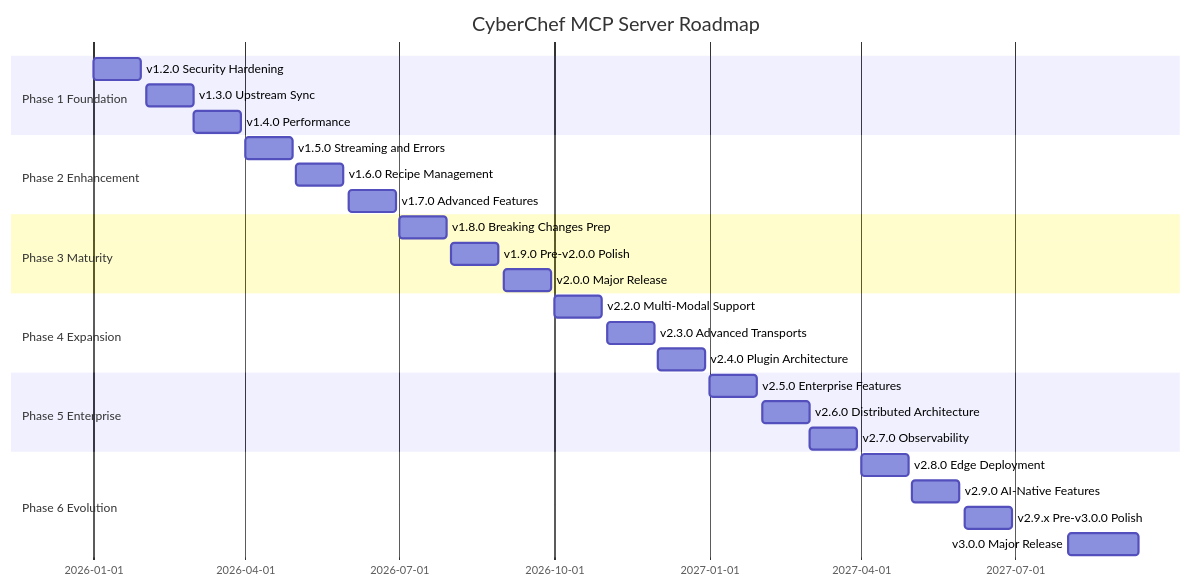
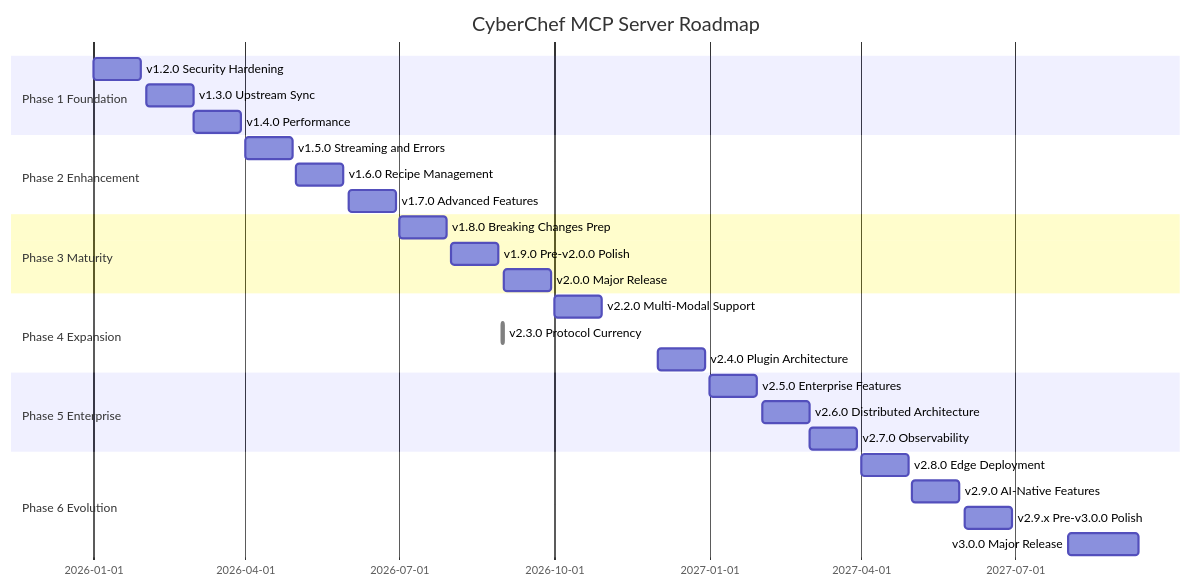
Before and after one commit to doublegate/CyberChef-MCP: the diagram in docs/planning/ROADMAP.md, drawn with Mermaid. The commit also changed other lines of this file and 7 other files, not shown here.

````diff
--- a/docs/planning/ROADMAP.md
+++ b/docs/planning/ROADMAP.md
@@ -46,30 +46,30 @@
 ```mermaid
 gantt
     title CyberChef MCP Server Roadmap
     dateFormat YYYY-MM-DD
     section Phase 1 Foundation
     v1.2.0 Security Hardening           :2026-01-01, 4w
     v1.3.0 Upstream Sync                :2026-02-01, 4w
     v1.4.0 Performance                  :2026-03-01, 4w
     section Phase 2 Enhancement
     v1.5.0 Streaming and Errors         :2026-04-01, 4w
     v1.6.0 Recipe Management            :2026-05-01, 4w
     v1.7.0 Advanced Features            :2026-06-01, 4w
     section Phase 3 Maturity
     v1.8.0 Breaking Changes Prep        :2026-07-01, 4w
     v1.9.0 Pre-v2.0.0 Polish            :2026-08-01, 4w
     v2.0.0 Major Release                :2026-09-01, 4w
     section Phase 4 Expansion
     v2.2.0 Multi-Modal Support          :2026-10-01, 4w
-    v2.3.0 Advanced Transports          :2026-11-01, 4w
+    v2.3.0 Protocol Currency            :done, 2026-08-31, 1d
     v2.4.0 Plugin Architecture          :2026-12-01, 4w
     section Phase 5 Enterprise
     v2.5.0 Enterprise Features          :2027-01-01, 4w
     v2.6.0 Distributed Architecture     :2027-02-01, 4w
     v2.7.0 Observability                :2027-03-01, 4w
     section Phase 6 Evolution
     v2.8.0 Edge Deployment              :2027-04-01, 4w
     v2.9.0 AI-Native Features           :2027-05-01, 4w
     v2.9.x Pre-v3.0.0 Polish            :2027-06-01, 4w
     v3.0.0 Major Release                :2027-08-01, 6w
 ```
````
